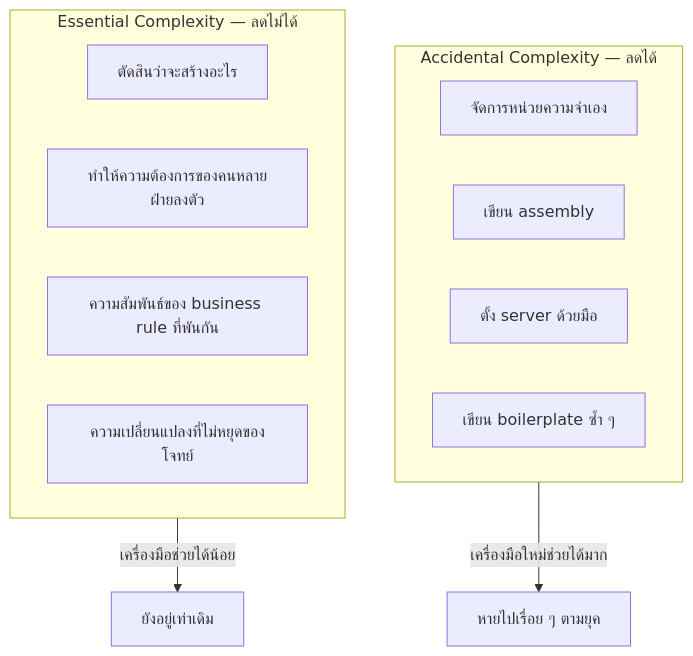
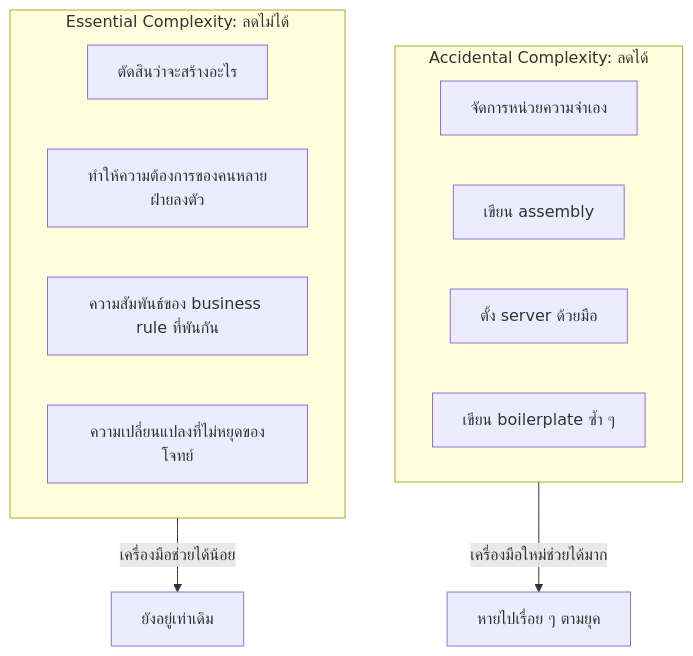
The seventh of 9 diagrams in readings/05-mythical-man-month.md (CE-SDPX/SDPX-AI), drawn with Mermaid before and after one commit. The commit also changed other lines of this file and 6 other files, not shown here.

````diff
--- a/readings/05-mythical-man-month.md
+++ b/readings/05-mythical-man-month.md
@@ -308,17 +308,17 @@
 ```mermaid
 flowchart TB
-    subgraph acc["Accidental Complexity — ลดได้"]
+    subgraph acc["Accidental Complexity: ลดได้"]
         A1["จัดการหน่วยความจำเอง"]
         A2["เขียน assembly"]
         A3["ตั้ง server ด้วยมือ"]
         A4["เขียน boilerplate ซ้ำ ๆ"]
     end
-    subgraph ess["Essential Complexity — ลดไม่ได้"]
+    subgraph ess["Essential Complexity: ลดไม่ได้"]
         E1["ตัดสินว่าจะสร้างอะไร"]
         E2["ทำให้ความต้องการของคนหลายฝ่ายลงตัว"]
         E3["ความสัมพันธ์ของ business rule ที่พันกัน"]
         E4["ความเปลี่ยนแปลงที่ไม่หยุดของโจทย์"]
     end
     acc -->|"เครื่องมือใหม่ช่วยได้มาก"| GONE["หายไปเรื่อย ๆ ตามยุค"]
     ess -->|"เครื่องมือช่วยได้น้อย"| STAY["ยังอยู่เท่าเดิม"]
 ```
````
